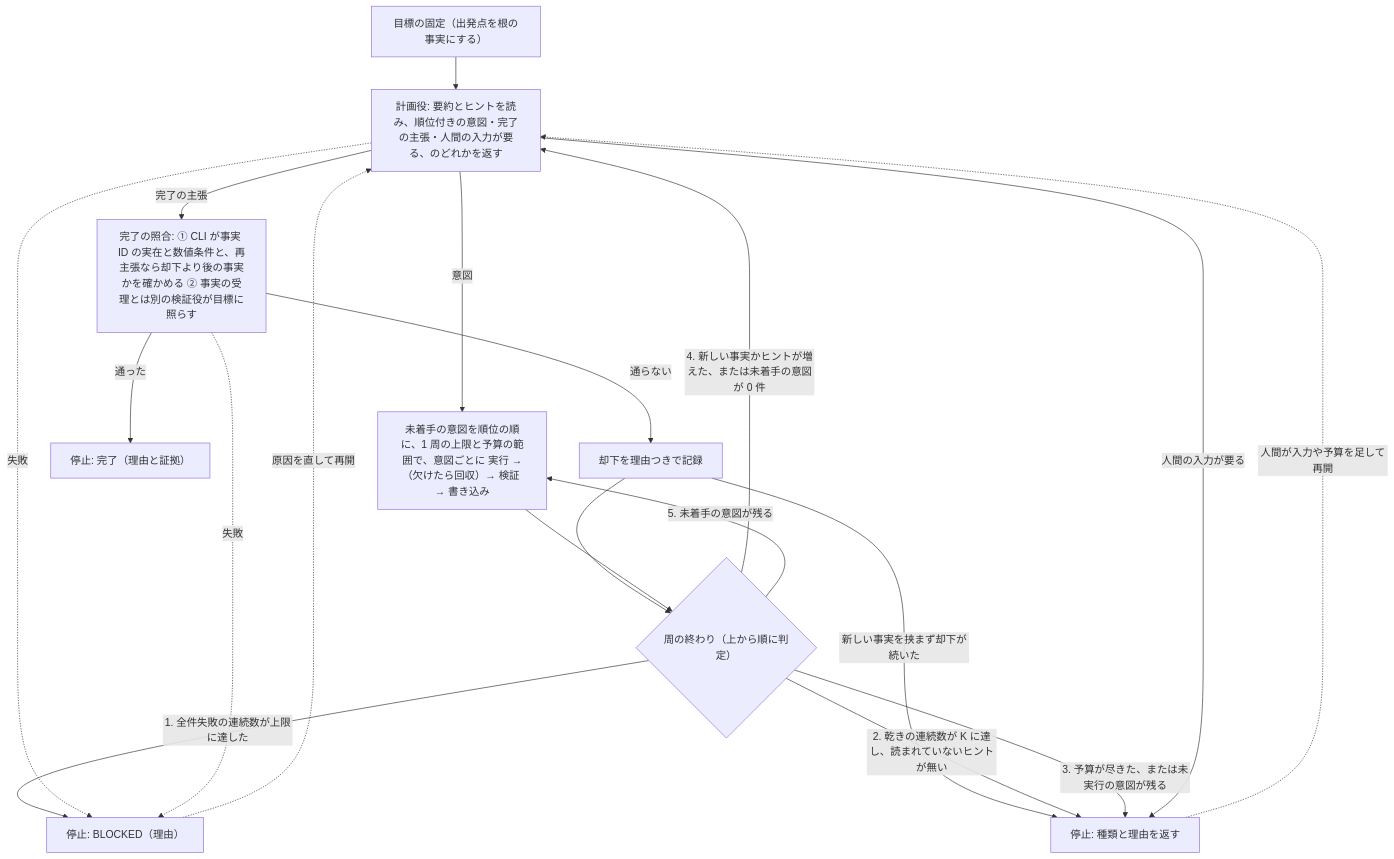
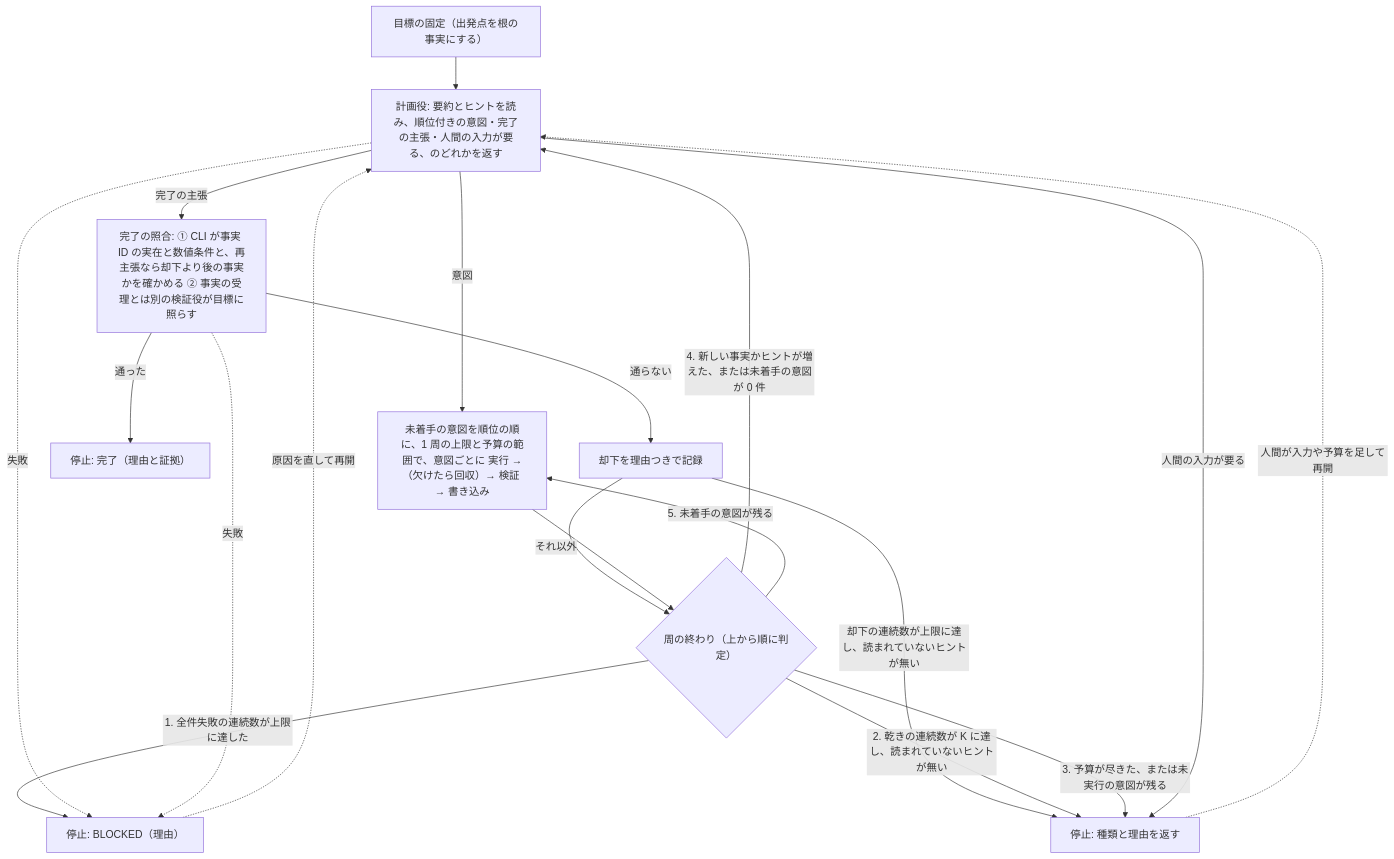
The third of 3 diagrams in docs/design/skill-design-patterns.md (yoshiysh/claude-plugins), drawn with Mermaid before and after one commit. The commit also changed other lines of this file, not shown here.

````diff
--- a/docs/design/skill-design-patterns.md
+++ b/docs/design/skill-design-patterns.md
@@ -234,20 +236,21 @@
 ```mermaid
 flowchart TD
   A["目標の固定（出発点を根の事実にする）"] --> P["計画役: 要約とヒントを読み、順位付きの意図・完了の主張・人間の入力が要る、のどれかを返す"]
   P -- 意図 --> X["未着手の意図を順位の順に、1 周の上限と予算の範囲で、意図ごとに 実行 →（欠けたら回収）→ 検証 → 書き込み"]
   P -- 完了の主張 --> C["完了の照合: ① CLI が事実 ID の実在と数値条件と、再主張なら却下より後の事実かを確かめる ② 事実の受理とは別の検証役が目標に照らす"]
   C -- 通った --> E["停止: 完了（理由と証拠）"]
-  C -- 通らない --> RJ["却下を理由つきで記録"] --> R
-  RJ -- "新しい事実を挟まず却下が続いた" --> H
+  C -- 通らない --> RJ["却下を理由つきで記録"]
+  RJ -- "却下の連続数が上限に達し、読まれていないヒントが無い" --> H
+  RJ -- それ以外 --> R
   X --> R{"周の終わり（上から順に判定）"}
   R -- "1. 全件失敗の連続数が上限に達した" --> B["停止: BLOCKED（理由）"]
   R -- "2. 乾きの連続数が K に達し、読まれていないヒントが無い" --> H["停止: 種類と理由を返す"]
   R -- "3. 予算が尽きた、または未実行の意図が残る" --> H
   R -- "4. 新しい事実かヒントが増えた、または未着手の意図が 0 件" --> P
   R -- "5. 未着手の意図が残る" --> X
   P -- 人間の入力が要る --> H
   P -. 失敗 .-> B
   C -. 失敗 .-> B
   H -. "人間が入力や予算を足して再開" .-> P
   B -. "原因を直して再開" .-> P
 ```
````
